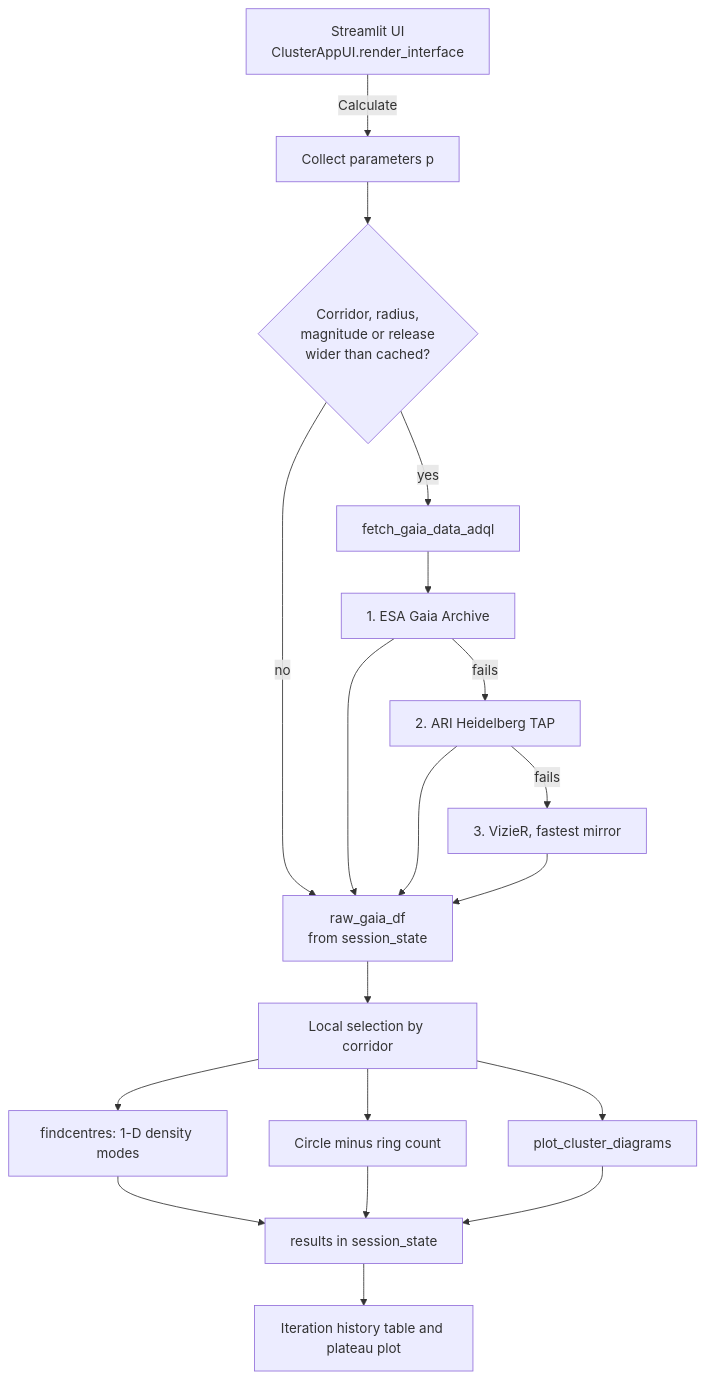
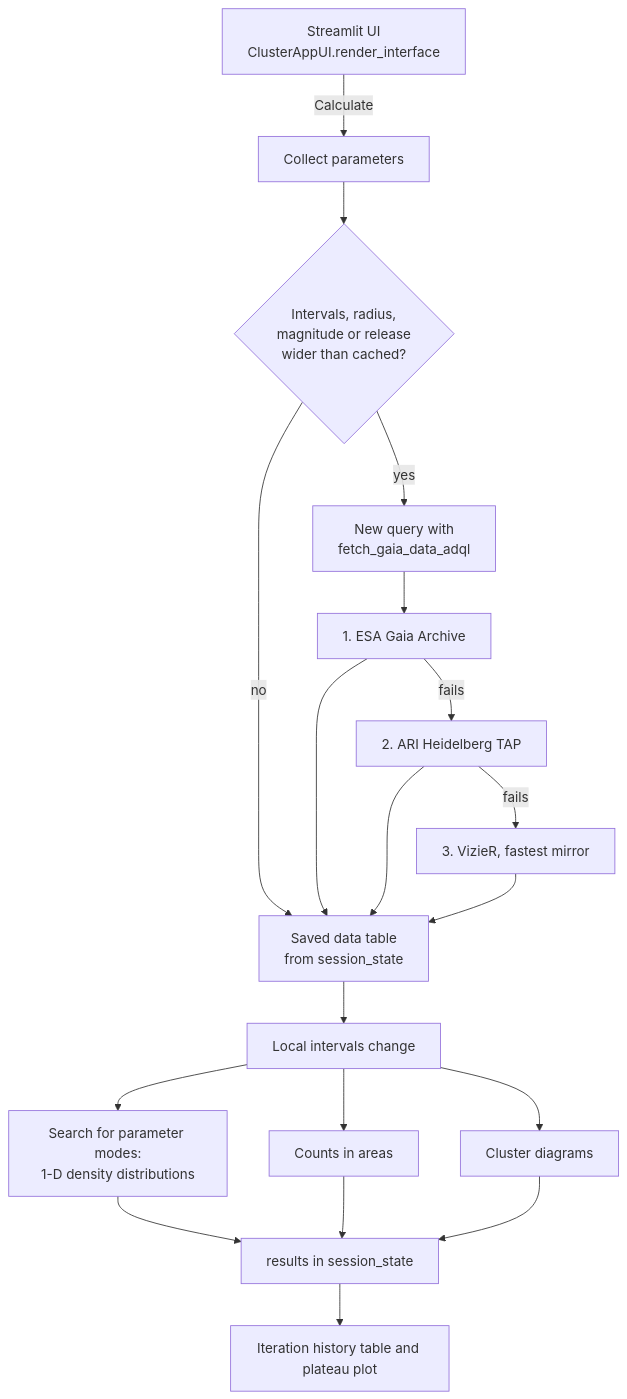
Before and after one commit to varyamik/SCAPST: the diagram in docs/TECHNICAL.md, drawn with Mermaid. The commit also changed other lines of this file, not shown here.

````diff
--- a/docs/TECHNICAL.md
+++ b/docs/TECHNICAL.md
@@ -39,21 +39,21 @@
 ```mermaid
 flowchart TD
-    UI[Streamlit UI<br/>ClusterAppUI.render_interface] -->|Calculate| P[Collect parameters p]
-    P --> D{Corridor, radius,<br/>magnitude or release<br/>wider than cached?}
-    D -- yes --> F[fetch_gaia_data_adql]
-    D -- no --> C[raw_gaia_df<br/>from session_state]
+    UI[Streamlit UI<br/>ClusterAppUI.render_interface] -->|Calculate| P[Collect parameters]
+    P --> D{Intervals, radius,<br/>magnitude or release<br/>wider than cached?}
+    D -- yes --> F[New query with<br/>fetch_gaia_data_adql]
+    D -- no --> C[Saved data table<br/>from session_state]
     F --> E1[1. ESA Gaia Archive]
     E1 -- fails --> E2[2. ARI Heidelberg TAP]
     E2 -- fails --> E3[3. VizieR, fastest mirror]
     E1 --> C
     E2 --> C
     E3 --> C
-    C --> S[Local selection by corridor]
-    S --> K[findcentres: 1-D density modes]
-    S --> N[Circle minus ring count]
-    S --> G[plot_cluster_diagrams]
+    C --> S[Local intervals change]
+    S --> K[Search for parameter modes:<br/>1-D density distributions]
+    S --> N[Counts in areas]
+    S --> G[Cluster diagrams]
     K --> R[results in session_state]
     N --> R
     G --> R
     R --> H[Iteration history table and plateau plot]
 ```
````
